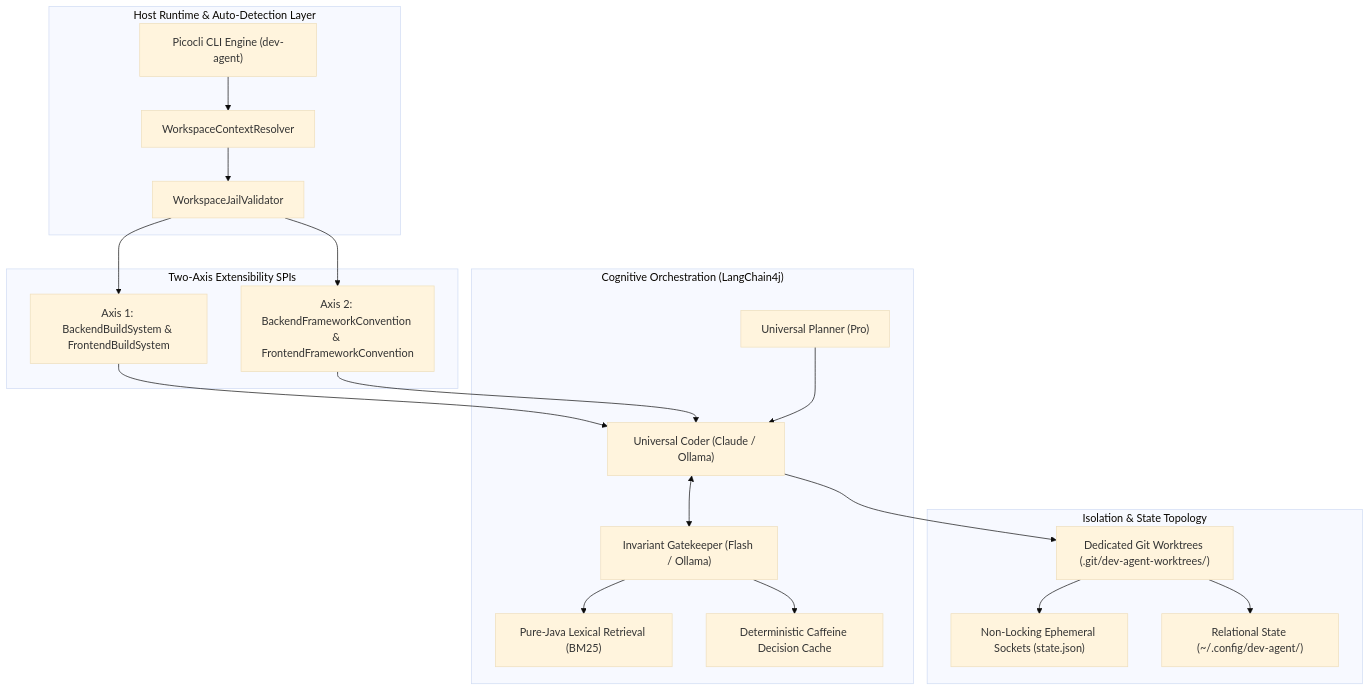
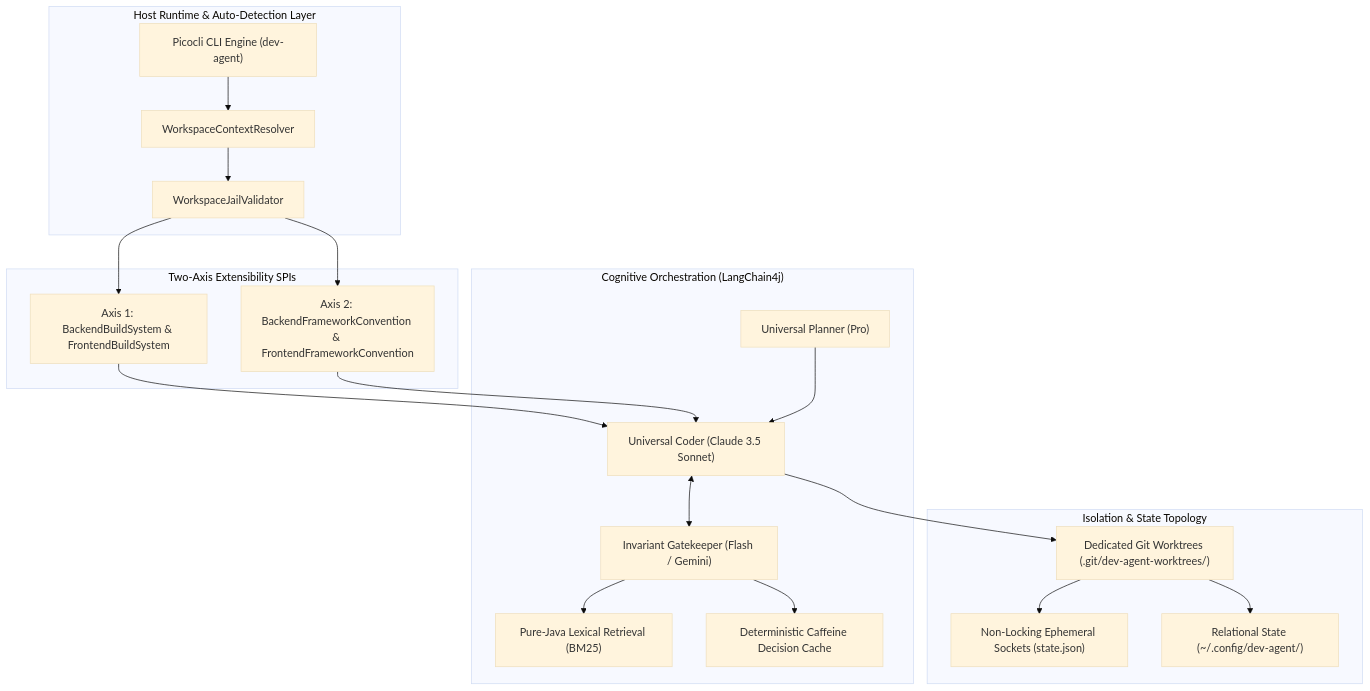
Before and after one commit to thoweber/dev-agent: the diagram in README.md, drawn with Mermaid (base theme). The commit also changed 29 other files, not shown here.

First line of the commit message:
feat(build): implement Maven vertical slice and streamline architecture roadmap (#7)

````diff
--- a/README.md
+++ b/README.md
@@ -13,39 +13,39 @@
 ```mermaid
 flowchart TD
     subgraph HostRuntime ["Host Runtime & Auto-Detection Layer"]
         CLI["Picocli CLI Engine (dev-agent)"]
         RES["WorkspaceContextResolver"]
         JAIL["WorkspaceJailValidator"]
     end
 
     subgraph SPIExtensibility ["Two-Axis Extensibility SPIs"]
         BS["Axis 1: BackendBuildSystem & FrontendBuildSystem"]
         FC["Axis 2: BackendFrameworkConvention & FrontendFrameworkConvention"]
     end
 
     subgraph Cognitive ["Cognitive Orchestration (LangChain4j)"]
         PLAN["Universal Planner (Pro)"]
-        GATE["Invariant Gatekeeper (Flash / Ollama)"]
-        CODE["Universal Coder (Claude / Ollama)"]
+        GATE["Invariant Gatekeeper (Flash / Gemini)"]
+        CODE["Universal Coder (Claude 3.5 Sonnet)"]
         BM25["Pure-Java Lexical Retrieval (BM25)"]
         CACHE["Deterministic Caffeine Decision Cache"]
     end
 
     subgraph IsolationState ["Isolation & State Topology"]
         WT["Dedicated Git Worktrees (.git/dev-agent-worktrees/)"]
         SOCK["Non-Locking Ephemeral Sockets (state.json)"]
         H2["Relational State (~/.config/dev-agent/)"]
     end
 
     CLI --> RES --> JAIL
     JAIL --> BS
     JAIL --> FC
     BS --> CODE
     FC --> CODE
     PLAN --> CODE
     CODE <--> GATE
     GATE --> BM25
     GATE --> CACHE
     CODE --> WT --> SOCK
     WT --> H2
 ```
````
